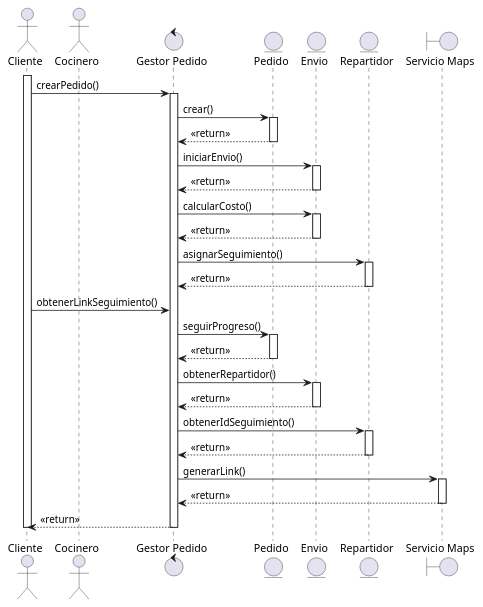
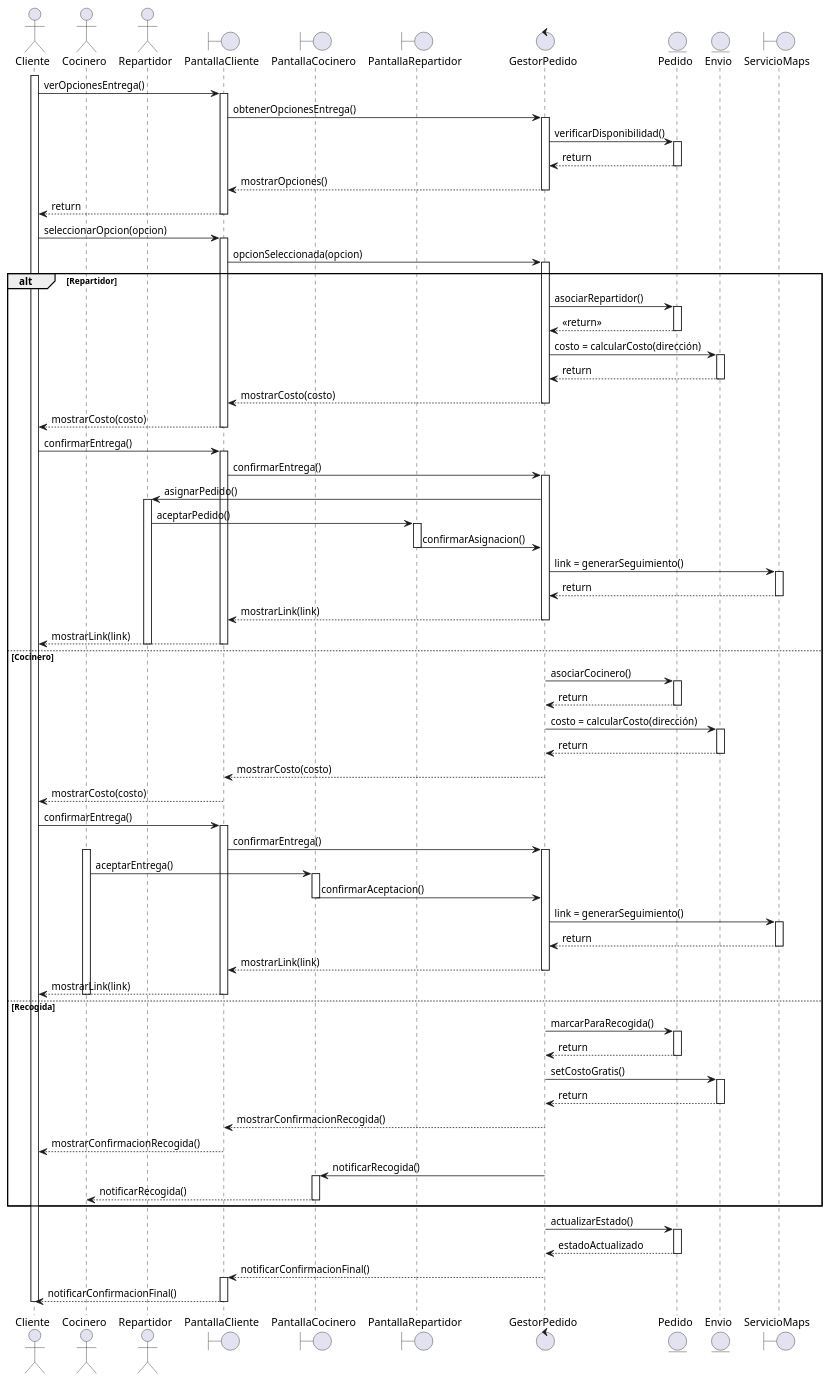
One commit to dabien3/ES25UAB-511-05 changed the diagram in documents/Diagramas Secuencia/CodigoUML/bloq3.pUML. Above: the diagram before and after it, drawn with PlantUML.

Commit message:
Update bloq3.pUML reviewed

```diff
--- a/documents/Diagramas Secuencia/CodigoUML/bloq3.pUML
+++ b/documents/Diagramas Secuencia/CodigoUML/bloq3.pUML
@@ -1,60 +1,145 @@
 @startuml
 actor Cliente
 actor Cocinero
+actor Repartidor
 
-control "Gestor Pedido" as GestorPedido
+boundary "PantallaCliente" as UICliente
+boundary "PantallaCocinero" as UICocinero
+boundary "PantallaRepartidor" as UIRepartidor
+
+control "GestorPedido" as GestorPedido
 entity "Pedido" as Pedido
 entity "Envio" as Envio
-entity "Repartidor" as Repartidor
-boundary "Servicio Maps" as ServicioMaps
+boundary "ServicioMaps" as ServicioMaps
 
 activate Cliente
-Cliente -> GestorPedido : crearPedido()
+Cliente -> UICliente : verOpcionesEntrega()
+activate UICliente
+UICliente -> GestorPedido : obtenerOpcionesEntrega()
+activate GestorPedido
+GestorPedido -> Pedido : verificarDisponibilidad()
+activate Pedido
+Pedido --> GestorPedido : return
+deactivate Pedido
+GestorPedido --> UICliente : mostrarOpciones()
+deactivate GestorPedido
+UICliente --> Cliente : return
+deactivate UICliente
+
+Cliente -> UICliente : seleccionarOpcion(opcion)
+activate UICliente
+UICliente -> GestorPedido : opcionSeleccionada(opcion)
 activate GestorPedido
 
-GestorPedido -> Pedido : crear()
+alt Repartidor
+    GestorPedido -> Pedido : asociarRepartidor()
+    activate Pedido
+    Pedido --> GestorPedido : <<return>>
+    deactivate Pedido
+    
+    GestorPedido -> Envio : costo = calcularCosto(dirección)
+    activate Envio
+    Envio --> GestorPedido : return
+    deactivate Envio
+    
+    GestorPedido --> UICliente : mostrarCosto(costo)
+    deactivate GestorPedido
+    UICliente --> Cliente : mostrarCosto(costo)
+    deactivate UICliente
+    
+    Cliente -> UICliente : confirmarEntrega()
+    activate UICliente
+    UICliente -> GestorPedido : confirmarEntrega()
+    activate GestorPedido
+    
+    GestorPedido -> Repartidor : asignarPedido()
+    activate Repartidor
+    Repartidor -> UIRepartidor : aceptarPedido()
+    activate UIRepartidor
+    UIRepartidor -> GestorPedido : confirmarAsignacion()
+    deactivate UIRepartidor
+    
+    GestorPedido -> ServicioMaps : link = generarSeguimiento()
+    activate ServicioMaps
+    ServicioMaps --> GestorPedido : return
+    deactivate ServicioMaps
+    
+    GestorPedido --> UICliente : mostrarLink(link)
+    deactivate GestorPedido
+    UICliente --> Cliente : mostrarLink(link)
+    deactivate UICliente
+    deactivate Repartidor
+
+else Cocinero
+    GestorPedido -> Pedido : asociarCocinero()
+    activate Pedido
+    Pedido --> GestorPedido : return
+    deactivate Pedido
+    
+    GestorPedido -> Envio : costo = calcularCosto(dirección)
+    activate Envio
+    Envio --> GestorPedido : return
+    deactivate Envio
+    
+    GestorPedido --> UICliente : mostrarCosto(costo)
+    deactivate GestorPedido
+    UICliente --> Cliente : mostrarCosto(costo)
+    deactivate UICliente
+    
+    Cliente -> UICliente : confirmarEntrega()
+    activate UICliente
+    UICliente -> GestorPedido : confirmarEntrega()
+    activate GestorPedido
+    
+    activate Cocinero
+    Cocinero -> UICocinero : aceptarEntrega()
+    activate UICocinero
+    UICocinero -> GestorPedido : confirmarAceptacion()
+    deactivate UICocinero
+    
+    GestorPedido -> ServicioMaps : link = generarSeguimiento()
+    activate ServicioMaps
+    ServicioMaps --> GestorPedido : return
+    deactivate ServicioMaps
+    
+    GestorPedido --> UICliente : mostrarLink(link)
+    deactivate GestorPedido
+    UICliente --> Cliente : mostrarLink(link)
+    deactivate UICliente
+    deactivate Cocinero
+
+else Recogida
+    GestorPedido -> Pedido : marcarParaRecogida()
+    activate Pedido
+    Pedido --> GestorPedido : return
+    deactivate Pedido
+    
+    GestorPedido -> Envio : setCostoGratis()
+    activate Envio
+    Envio --> GestorPedido : return
+    deactivate Envio
+    
+    GestorPedido --> UICliente : mostrarConfirmacionRecogida()
+    deactivate GestorPedido
+    UICliente --> Cliente : mostrarConfirmacionRecogida()
+    deactivate UICliente
+    
+    GestorPedido -> UICocinero : notificarRecogida()
+    activate UICocinero
+    UICocinero --> Cocinero : notificarRecogida()
+    deactivate UICocinero
+end
+
+
+activate GestorPedido
+GestorPedido -> Pedido : actualizarEstado()
 activate Pedido
-Pedido --> GestorPedido : <<return>>
+Pedido --> GestorPedido : estadoActualizado
 deactivate Pedido
-
-GestorPedido -> Envio : iniciarEnvio()
-activate Envio
-Envio --> GestorPedido : <<return>>
-deactivate Envio
-
-GestorPedido -> Envio : calcularCosto()
-activate Envio
-Envio --> GestorPedido : <<return>>
-deactivate Envio
-
-GestorPedido -> Repartidor : asignarSeguimiento()
-activate Repartidor
-Repartidor --> GestorPedido : <<return>>
-deactivate Repartidor
-
-Cliente -> GestorPedido : obtenerLinkSeguimiento()
-
-GestorPedido -> Pedido : seguirProgreso()
-activate Pedido
-Pedido --> GestorPedido : <<return>>
-deactivate Pedido
-
-GestorPedido -> Envio : obtenerRepartidor()
-activate Envio
-Envio --> GestorPedido : <<return>>
-deactivate Envio
-
-GestorPedido -> Repartidor : obtenerIdSeguimiento()
-activate Repartidor
-Repartidor --> GestorPedido : <<return>>
-deactivate Repartidor
-
-GestorPedido -> ServicioMaps : generarLink()
-activate ServicioMaps
-ServicioMaps --> GestorPedido : <<return>>
-deactivate ServicioMaps
-
-GestorPedido --> Cliente : <<return>>
+GestorPedido --> UICliente : notificarConfirmacionFinal()
 deactivate GestorPedido
+activate UICliente
+UICliente --> Cliente : notificarConfirmacionFinal()
+deactivate UICliente
 deactivate Cliente
 @enduml
```
